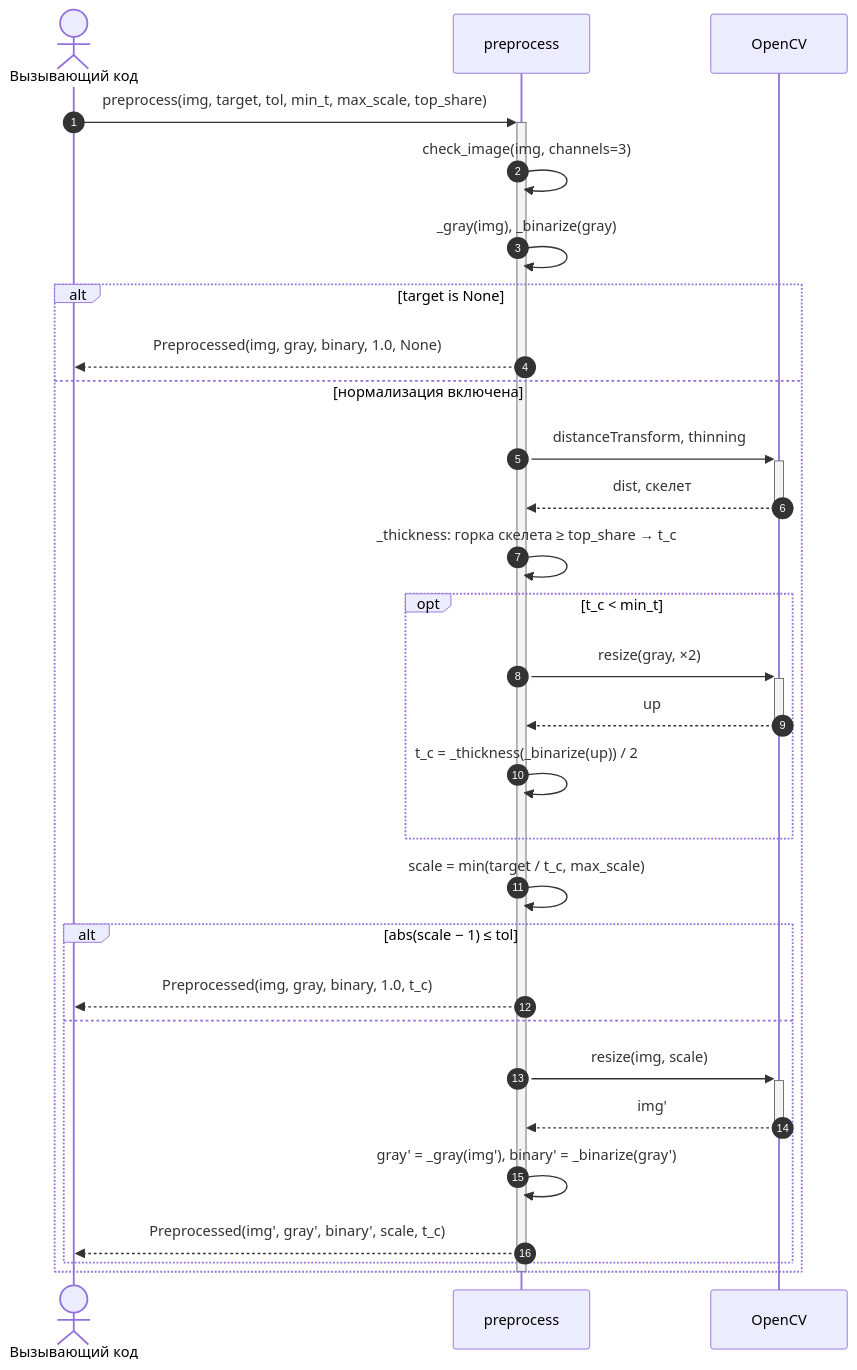
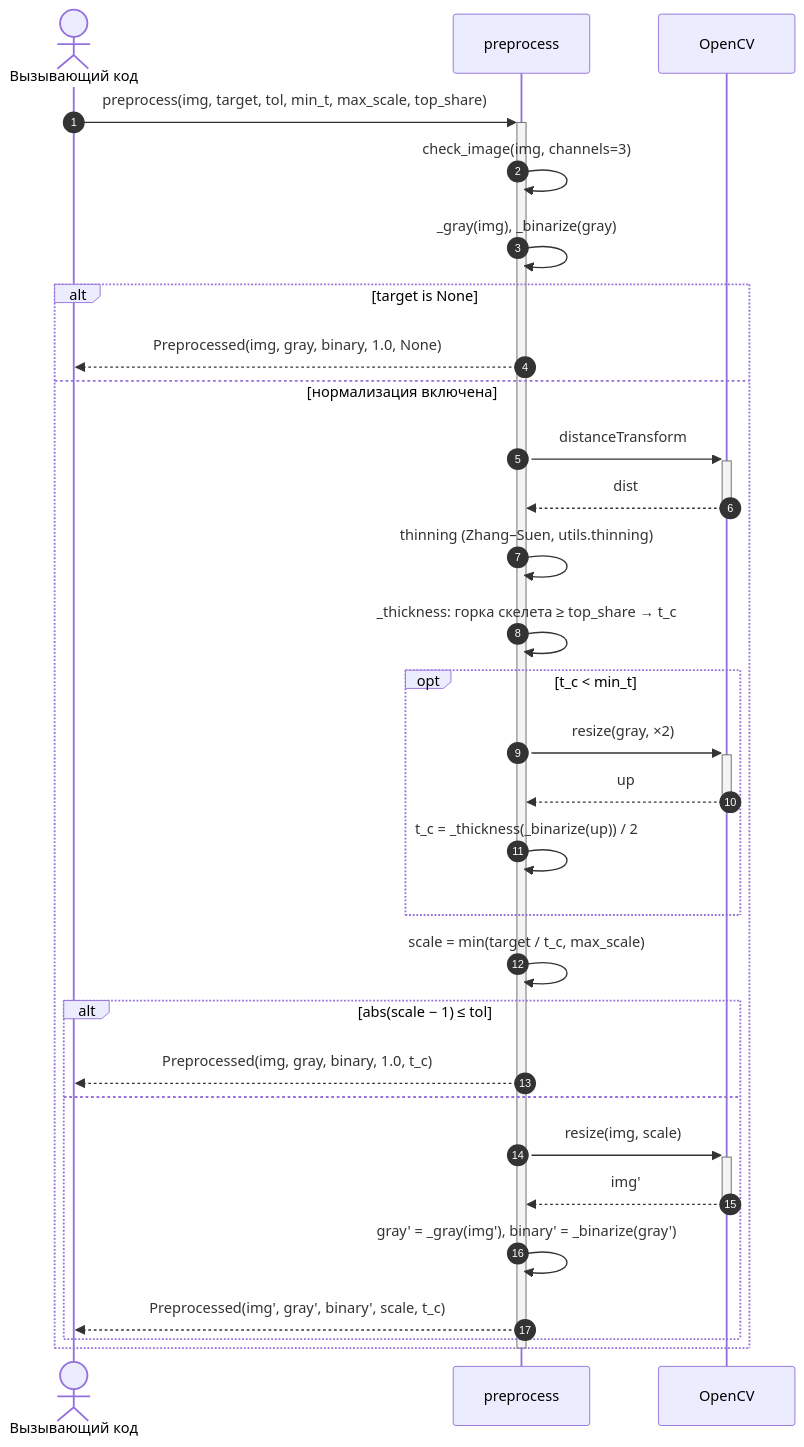
One commit to SergeyKrasnoslobodtsev/draftslice changed the diagram in docs/architecture/modules/preprocess.md. Above: the diagram before and after it, drawn with Mermaid.

Commit message:
refact: улучшена логика обработки скелета в функции preprocess, добавлено использование thinning

````diff
--- a/docs/architecture/modules/preprocess.md
+++ b/docs/architecture/modules/preprocess.md
@@ -54,33 +54,34 @@
 ```mermaid
 sequenceDiagram
     autonumber
     actor C as Вызывающий код
     participant P as preprocess
     participant CV as OpenCV
 
     C->>+P: preprocess(img, target, tol, min_t, max_scale, top_share)
     P->>P: check_image(img, channels=3)
     P->>P: _gray(img), _binarize(gray)
     alt target is None
         P-->>C: Preprocessed(img, gray, binary, 1.0, None)
     else нормализация включена
-        P->>+CV: distanceTransform, thinning
-        CV-->>-P: dist, скелет
+        P->>+CV: distanceTransform
+        CV-->>-P: dist
+        P->>P: thinning (Zhang–Suen, utils.thinning)
         P->>P: _thickness: горка скелета ≥ top_share → t_c
         opt t_c < min_t
             P->>+CV: resize(gray, ×2)
             CV-->>-P: up
             P->>P: t_c = _thickness(_binarize(up)) / 2
         end
         P->>P: scale = min(target / t_c, max_scale)
         alt abs(scale − 1) ≤ tol
             P-->>C: Preprocessed(img, gray, binary, 1.0, t_c)
         else
             P->>+CV: resize(img, scale)
             CV-->>-P: img'
             P->>P: gray' = _gray(img'), binary' = _binarize(gray')
             P-->>C: Preprocessed(img', gray', binary', scale, t_c)
         end
     end
     deactivate P
 ```
````
